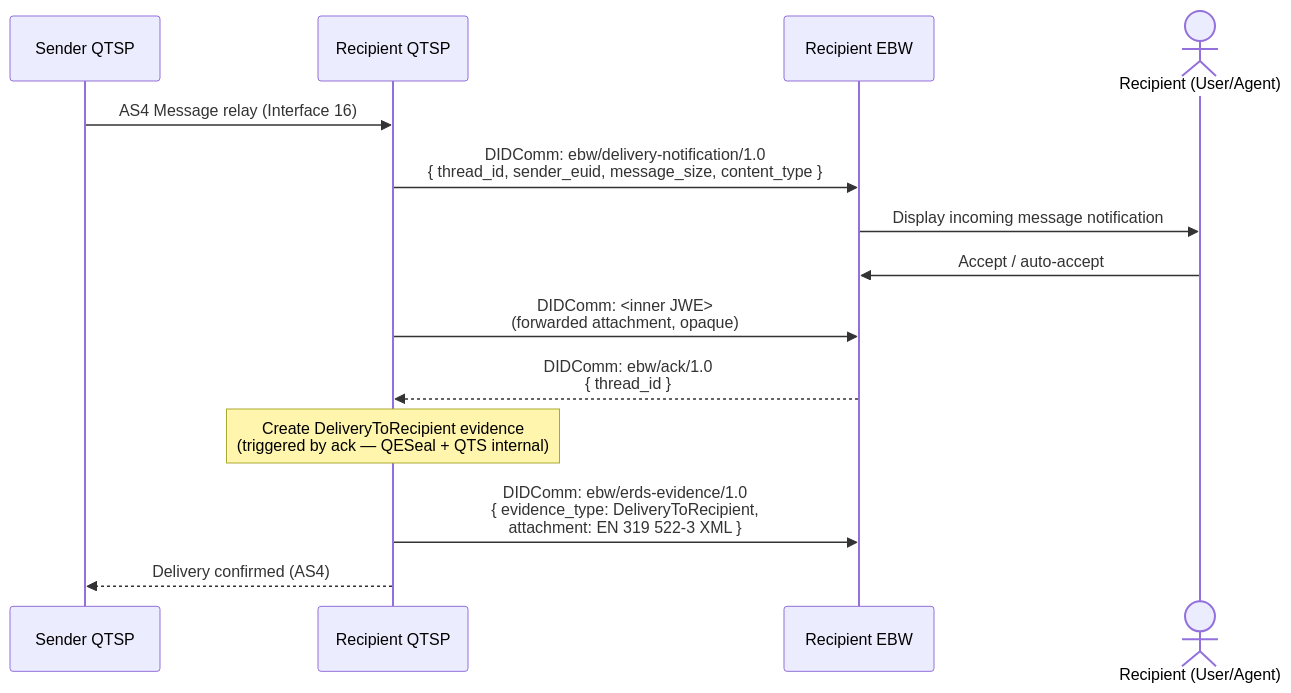
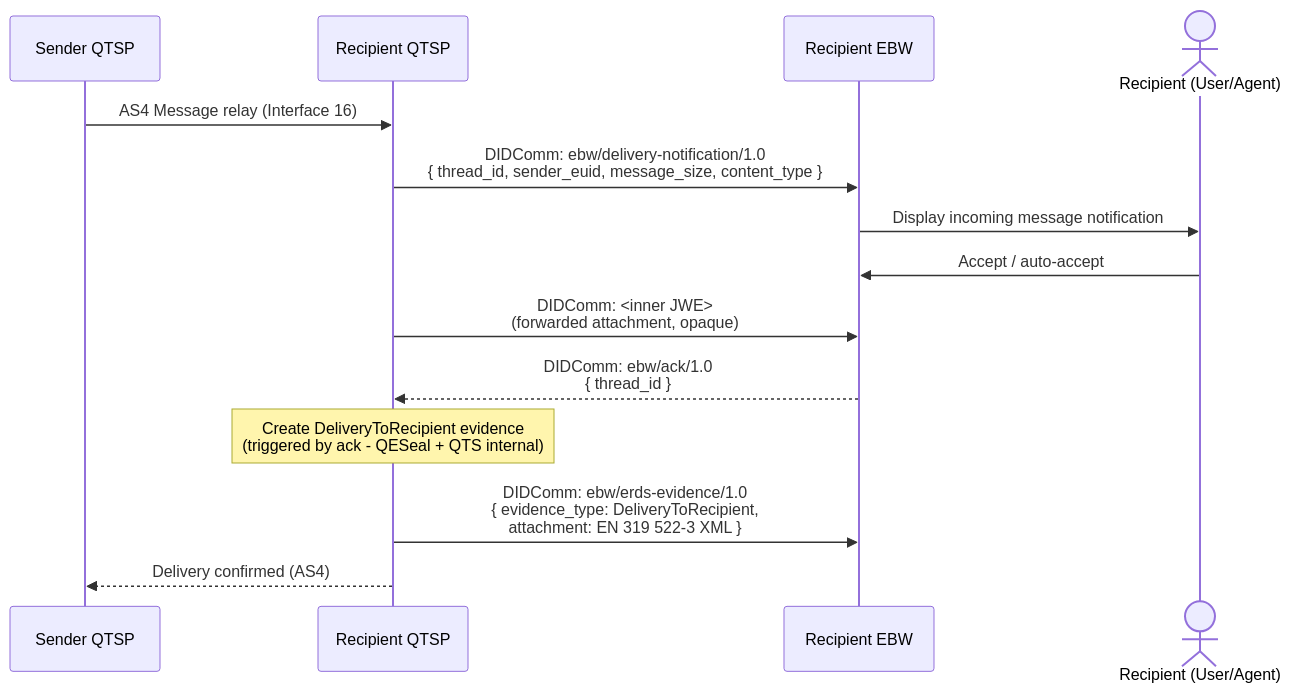
Before and after one commit to MartinRobomaze/wp4-architecture: the tenth of 12 diagrams in conformance-specs/cs-04-ebw-qtsp-didcomm.md, drawn with Mermaid. The commit also changed other lines of this file, not shown here.

````diff
--- a/conformance-specs/cs-04-ebw-qtsp-didcomm.md
+++ b/conformance-specs/cs-04-ebw-qtsp-didcomm.md
@@ -701,24 +701,24 @@
 ```mermaid
 sequenceDiagram
     participant S_QTSP as Sender QTSP
     participant R_QTSP as Recipient QTSP
     participant R_EBW as Recipient EBW
     actor User as Recipient (User/Agent)
 
     S_QTSP->>R_QTSP: AS4 Message relay (Interface 16)
 
     R_QTSP->>R_EBW: DIDComm: ebw/delivery-notification/1.0<br>{ thread_id, sender_euid, message_size, content_type }
 
     R_EBW->>User: Display incoming message notification
     User->>R_EBW: Accept / auto-accept
 
     R_QTSP->>R_EBW: DIDComm: <inner JWE><br>(forwarded attachment, opaque)
 
     R_EBW-->>R_QTSP: DIDComm: ebw/ack/1.0<br>{ thread_id }
 
-    note over R_QTSP: Create DeliveryToRecipient evidence<br>(triggered by ack — QESeal + QTS internal)
+    note over R_QTSP: Create DeliveryToRecipient evidence<br>(triggered by ack - QESeal + QTS internal)
 
     R_QTSP->>R_EBW: DIDComm: ebw/erds-evidence/1.0<br>{ evidence_type: DeliveryToRecipient,<br>  attachment: EN 319 522-3 XML }
 
     R_QTSP-->>S_QTSP: Delivery confirmed (AS4)
 ```
````
